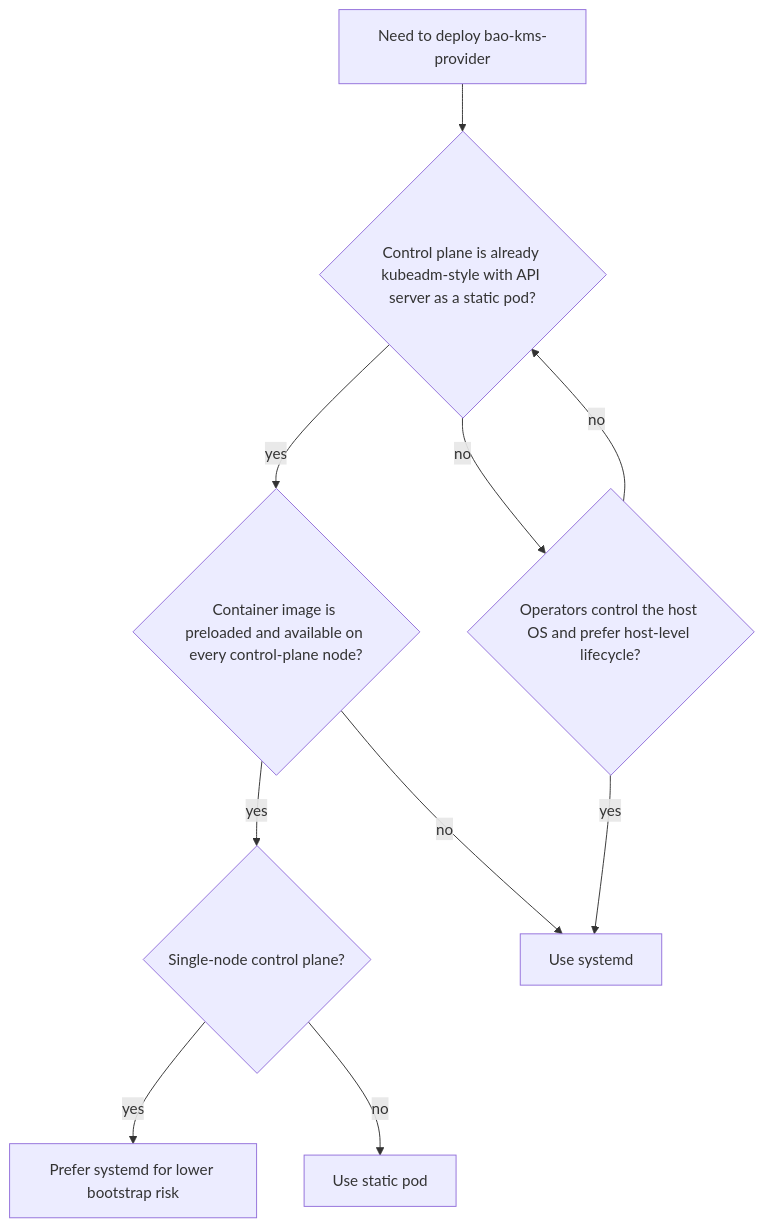
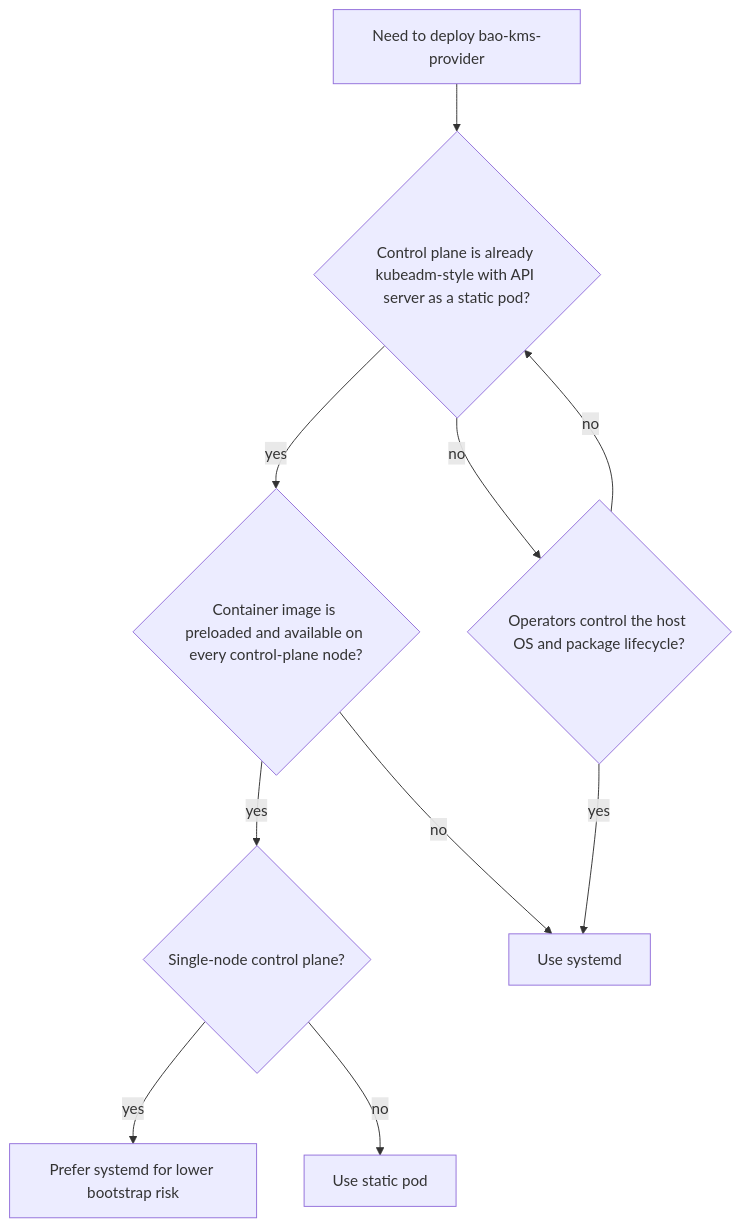
The diagram in docs/deployment/choosing-a-model.md (dc-tec/openbao-kubernetes-kms), drawn with Mermaid before and after one commit. The commit also changed other lines of this file and 50 other files, not shown here.

````diff
--- a/docs/deployment/choosing-a-model.md
+++ b/docs/deployment/choosing-a-model.md
@@ -73,22 +95,22 @@
 ```mermaid
 flowchart TD
     Start["Need to deploy bao-kms-provider"]
     KubeadmStyle{"Control plane is already kubeadm-style with API server as a static pod?"}
-    HostManaged{"Operators control the host OS and prefer host-level lifecycle?"}
+    HostManaged{"Operators control the host OS and package lifecycle?"}
     PreloadedImage{"Container image is preloaded and available on every control-plane node?"}
     SingleNode{"Single-node control plane?"}
 
     UseSystemd["Use systemd"]
     UseStaticPod["Use static pod"]
     PreferSystemd["Prefer systemd for lower bootstrap risk"]
 
     Start --> KubeadmStyle
     KubeadmStyle -->|yes| PreloadedImage
     KubeadmStyle -->|no| HostManaged
     HostManaged -->|yes| UseSystemd
     HostManaged -->|no| KubeadmStyle
     PreloadedImage -->|yes| SingleNode
     PreloadedImage -->|no| UseSystemd
     SingleNode -->|yes| PreferSystemd
     SingleNode -->|no| UseStaticPod
 ```
````
